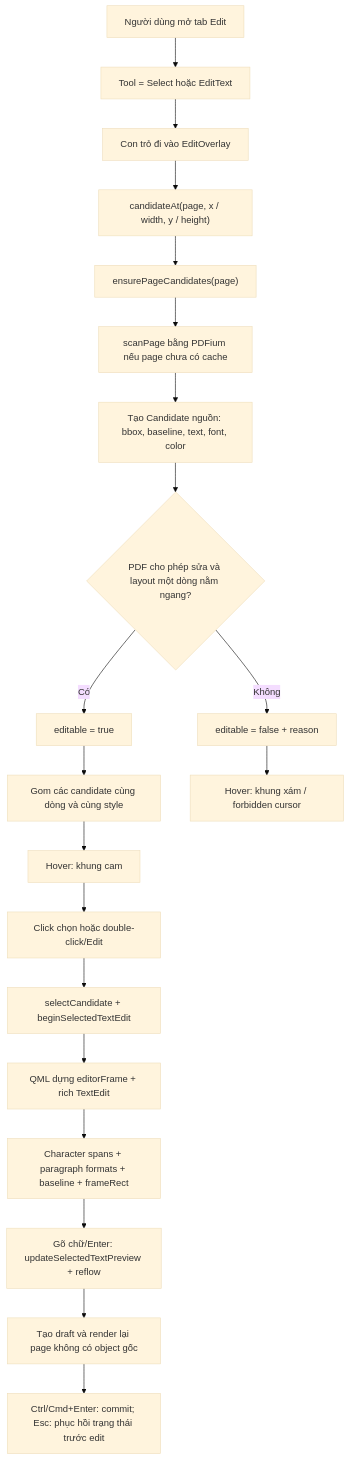
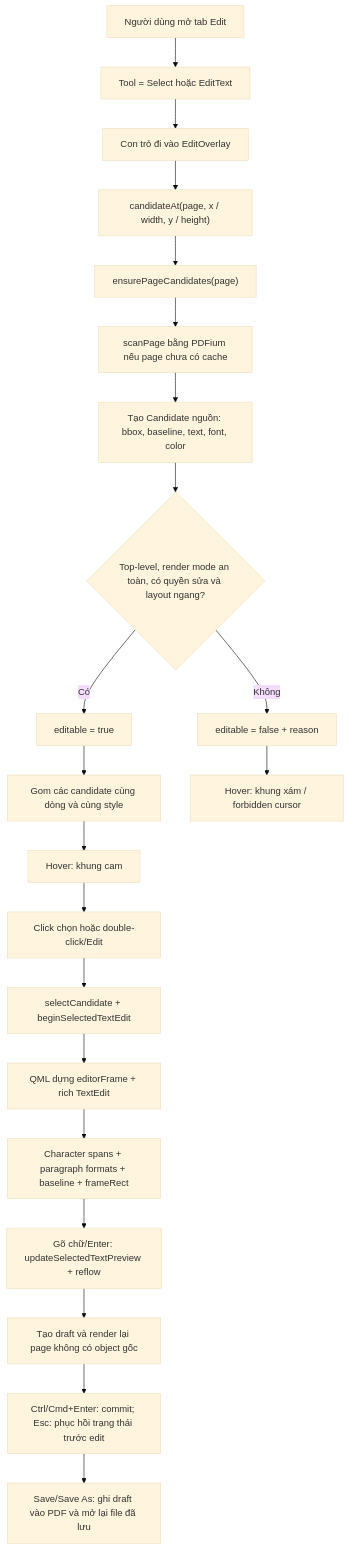
The diagram in docs/text-editing-pipeline.md (RaymondHuy/TrePDF), drawn with Mermaid (base theme) before and after one commit. The commit also changed other lines of this file and 16 other files, not shown here.

Commit message:
implement save pdf

````diff
--- a/docs/text-editing-pipeline.md
+++ b/docs/text-editing-pipeline.md
@@ -23,22 +24,23 @@
 ```mermaid
 flowchart TD
     A["Người dùng mở tab Edit"] --> B["Tool = Select hoặc EditText"]
     B --> C["Con trỏ đi vào EditOverlay"]
     C --> D["candidateAt(page, x / width, y / height)"]
     D --> E["ensurePageCandidates(page)"]
     E --> F["scanPage bằng PDFium nếu page chưa có cache"]
     F --> G["Tạo Candidate nguồn: bbox, baseline, text, font, color"]
-    G --> H{"PDF cho phép sửa và layout một dòng nằm ngang?"}
+    G --> H{"Top-level, render mode an toàn, có quyền sửa và layout ngang?"}
     H -- Có --> I["editable = true"]
     H -- Không --> J["editable = false + reason"]
     I --> IA["Gom các candidate cùng dòng và cùng style"]
     IA --> K["Hover: khung cam"]
     J --> L["Hover: khung xám / forbidden cursor"]
     K --> M["Click chọn hoặc double-click/Edit"]
     M --> N["selectCandidate + beginSelectedTextEdit"]
     N --> O["QML dựng editorFrame + rich TextEdit"]
     O --> P["Character spans + paragraph formats + baseline + frameRect"]
     P --> Q["Gõ chữ/Enter: updateSelectedTextPreview + reflow"]
     Q --> R["Tạo draft và render lại page không có object gốc"]
     R --> S["Ctrl/Cmd+Enter: commit; Esc: phục hồi trạng thái trước edit"]
+    S --> T["Save/Save As: ghi draft vào PDF và mở lại file đã lưu"]
 ```
````
